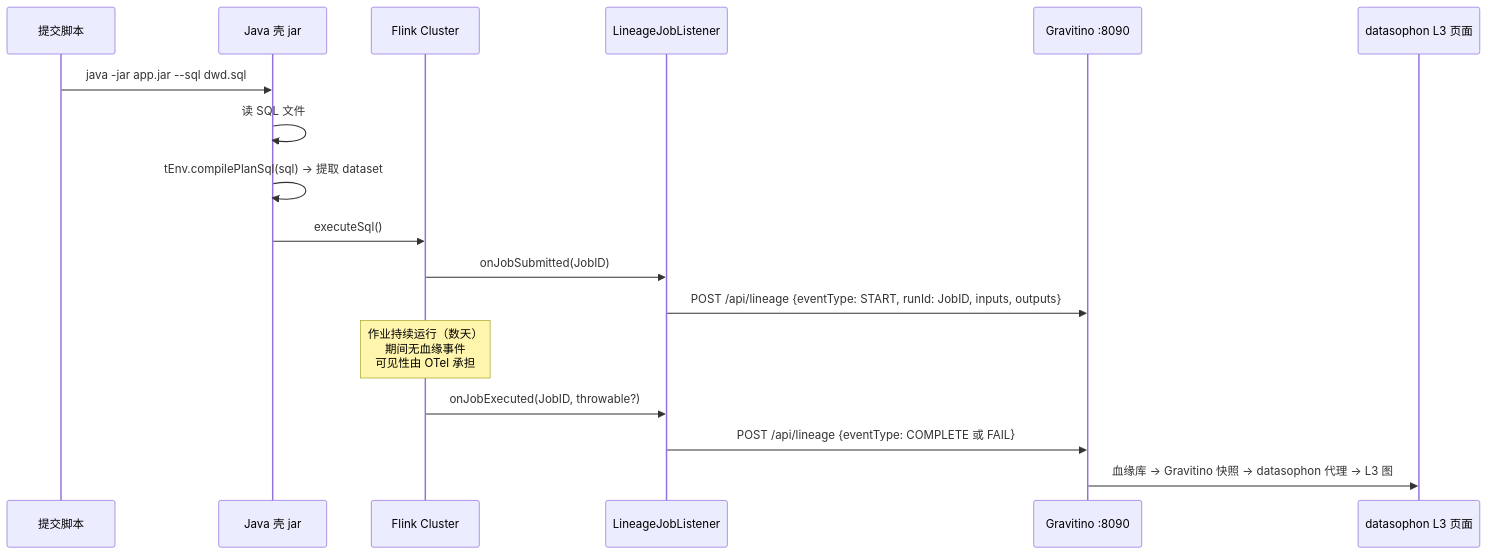
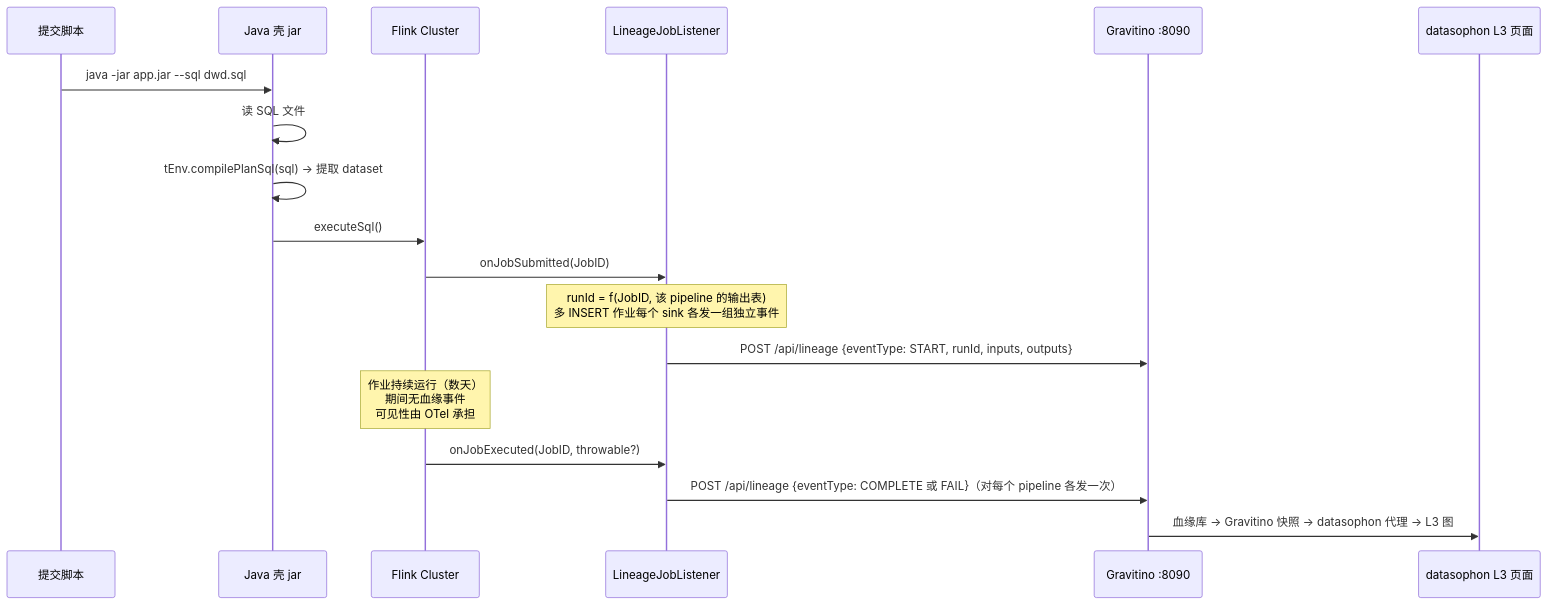
The second of 2 diagrams in docs/data-lineage-Flink实时链路-技术方案-2026-08-05.md (88fantasy/datasophon), drawn with Mermaid before and after one commit. The commit also changed other lines of this file and 18 other files, not shown here.

````diff
--- a/docs/data-lineage-Flink实时链路-技术方案-2026-08-05.md
+++ b/docs/data-lineage-Flink实时链路-技术方案-2026-08-05.md
@@ -303,20 +324,21 @@
 ```mermaid
 sequenceDiagram
   participant U as 提交脚本
   participant J as Java 壳 jar
   participant F as Flink Cluster
   participant L as LineageJobListener
   participant G as Gravitino :8090
   participant D as datasophon L3 页面
 
   U->>J: java -jar app.jar --sql dwd.sql
   J->>J: 读 SQL 文件
   J->>J: tEnv.compilePlanSql(sql) → 提取 dataset
   J->>F: executeSql()
   F->>L: onJobSubmitted(JobID)
-  L->>G: POST /api/lineage {eventType: START, runId: JobID, inputs, outputs}
+  Note over L: runId = f(JobID, 该 pipeline 的输出表)<br/>多 INSERT 作业每个 sink 各发一组独立事件
+  L->>G: POST /api/lineage {eventType: START, runId, inputs, outputs}
   Note over F: 作业持续运行（数天）<br/>期间无血缘事件<br/>可见性由 OTel 承担
   F->>L: onJobExecuted(JobID, throwable?)
-  L->>G: POST /api/lineage {eventType: COMPLETE 或 FAIL}
+  L->>G: POST /api/lineage {eventType: COMPLETE 或 FAIL}（对每个 pipeline 各发一次）
   G->>D: 血缘库 → Gravitino 快照 → datasophon 代理 → L3 图
 ```
````
